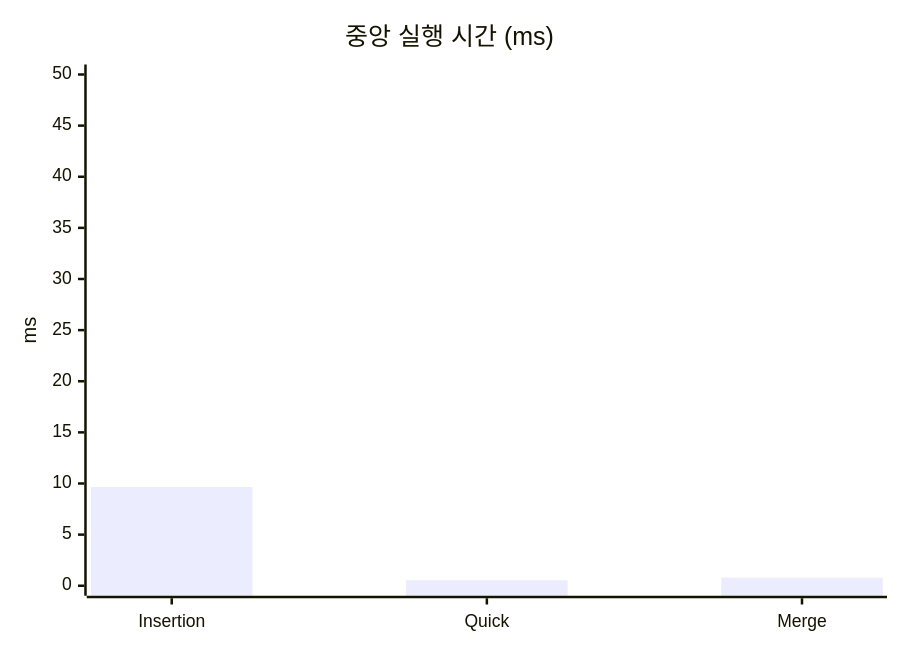
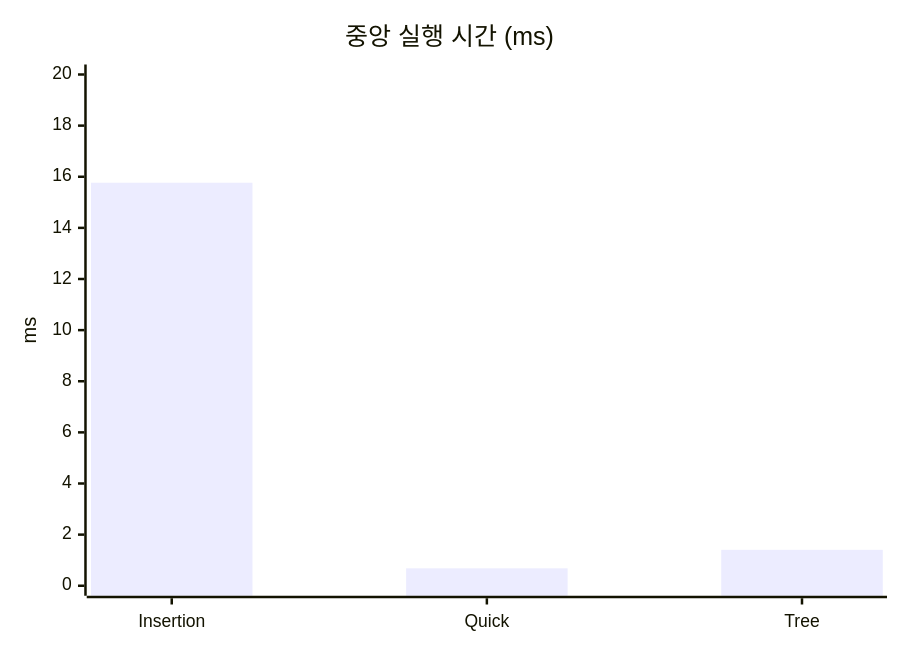
The seventh of 10 diagrams in report.md (ramzz527/hw1-2026-SeminAhn), drawn with Mermaid before and after one commit. The commit also changed other lines of this file and 11 other files, not shown here.

````diff
--- a/report.md
+++ b/report.md
@@ -152,7 +284,7 @@
 ```mermaid
 xychart-beta
     title "중앙 실행 시간 (ms)"
-    x-axis ["Insertion", "Quick", "Merge"]
-    y-axis "ms" 0 --> 50
-    bar [9.657, 0.541, 0.796]
+    x-axis ["Insertion", "Quick", "Tree"]
+    y-axis "ms" 0 --> 20
+    bar [15.767, 0.682, 1.406]
 ```
````
